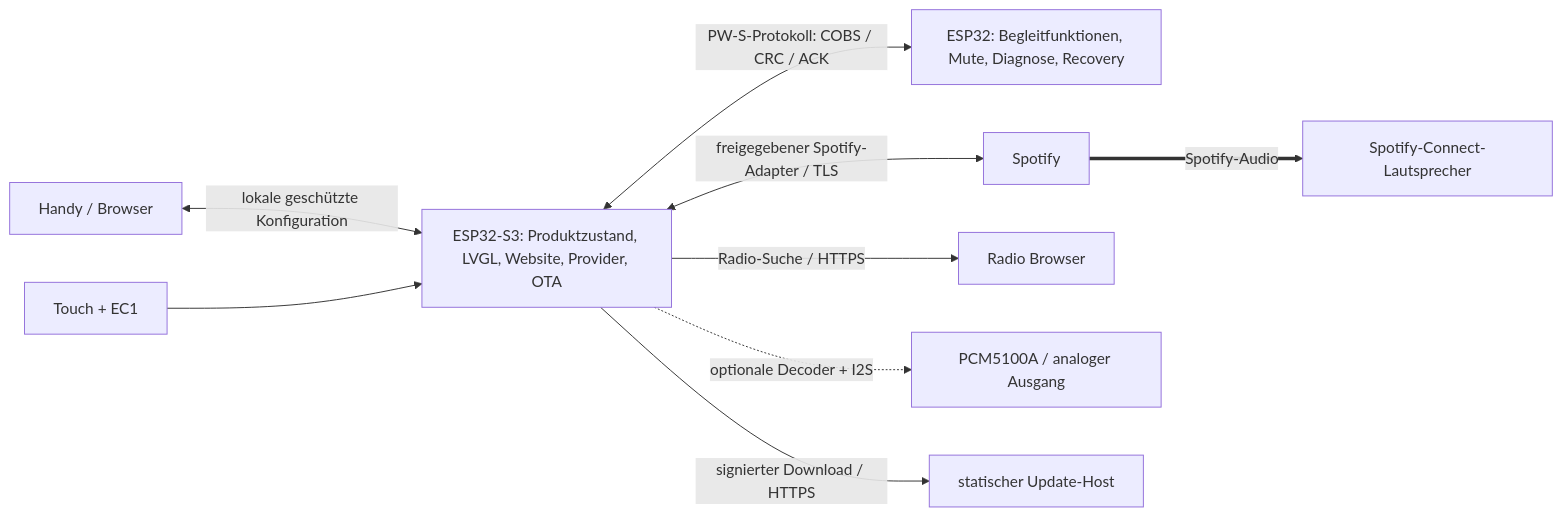
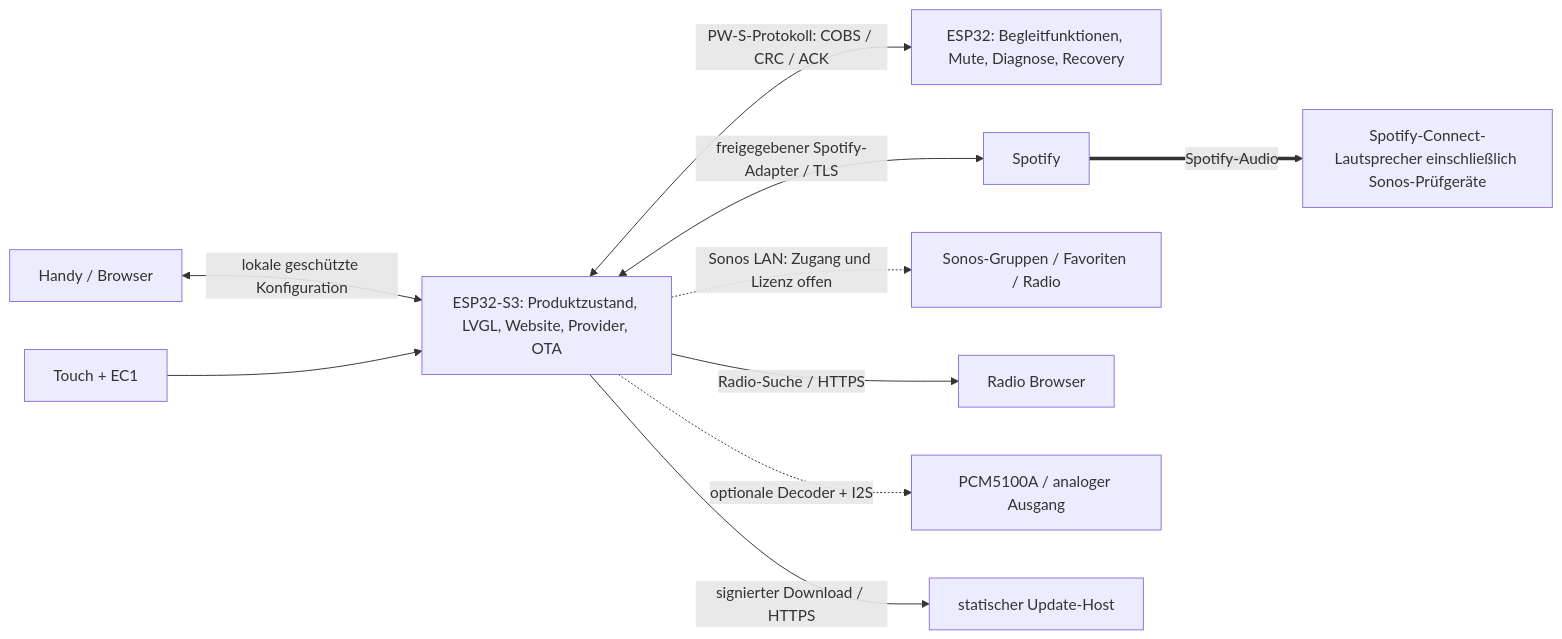
One commit to passion-wave/Passion-Wave-rotaryknob-spotify changed the diagram in docs/01-GESAMTKONZEPT.md. Above: the diagram before and after it, drawn with Mermaid. The commit also changed other lines of this file and 10 other files, not shown here.

Commit message:
Plan Sonos Connect, local control and radio integration assessment

````diff
--- a/docs/01-GESAMTKONZEPT.md
+++ b/docs/01-GESAMTKONZEPT.md
@@ -27,11 +28,12 @@
 ```mermaid
 flowchart LR
   B[Handy / Browser] <-->|lokale geschützte Konfiguration| S3
   D[Touch + EC1] --> S3[ESP32-S3: Produktzustand, LVGL, Website, Provider, OTA]
   S3 <-->|PW-S-Protokoll: COBS / CRC / ACK| E[ESP32: Begleitfunktionen, Mute, Diagnose, Recovery]
   S3 <-->|freigegebener Spotify-Adapter / TLS| SP[Spotify]
-  SP ==>|Spotify-Audio| C[Spotify-Connect-Lautsprecher]
+  SP ==>|Spotify-Audio| C[Spotify-Connect-Lautsprecher einschließlich Sonos-Prüfgeräte]
+  S3 -.->|Sonos LAN: Zugang und Lizenz offen| SN[Sonos-Gruppen / Favoriten / Radio]
   S3 -->|Radio-Suche / HTTPS| RB[Radio Browser]
   S3 -.->|optionale Decoder + I2S| DAC[PCM5100A / analoger Ausgang]
   S3 -->|signierter Download / HTTPS| U[statischer Update-Host]
 ```
````
